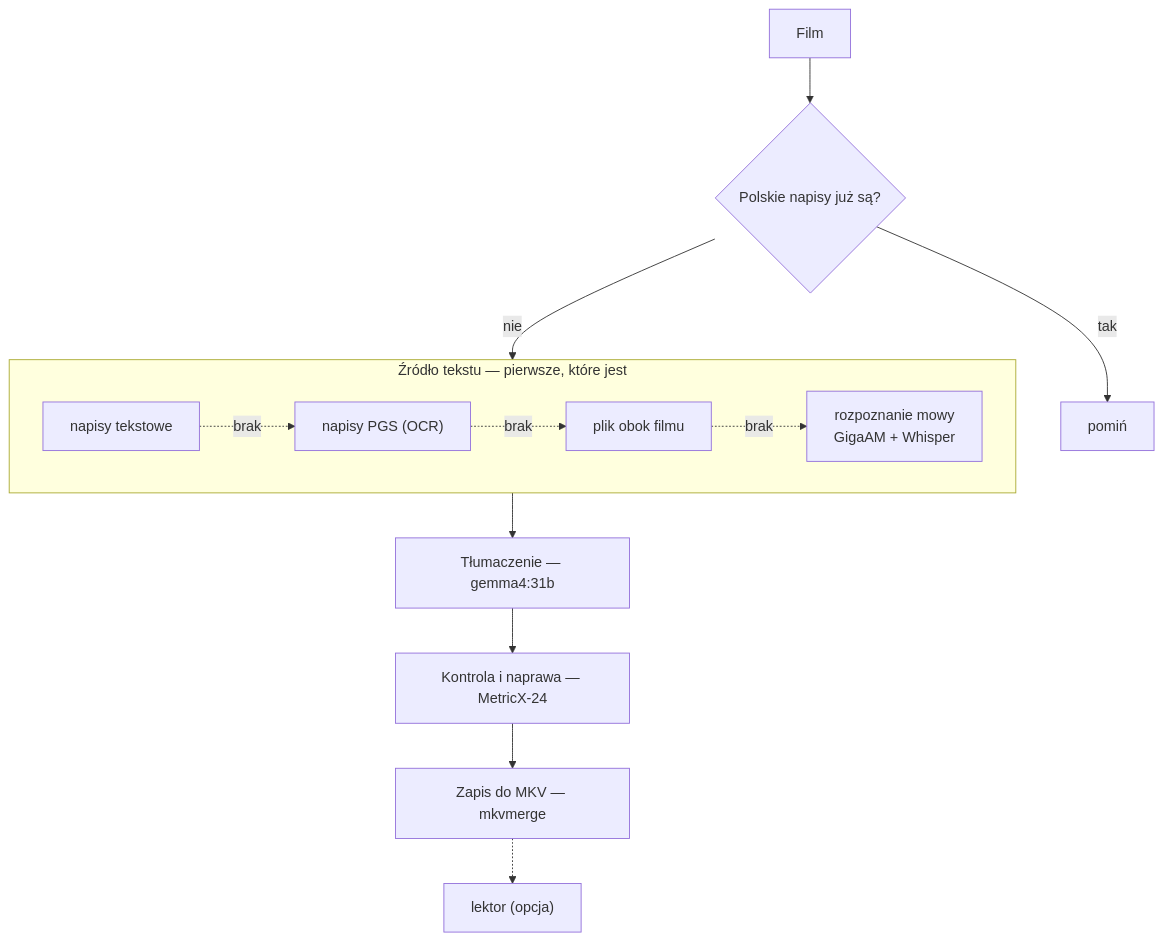
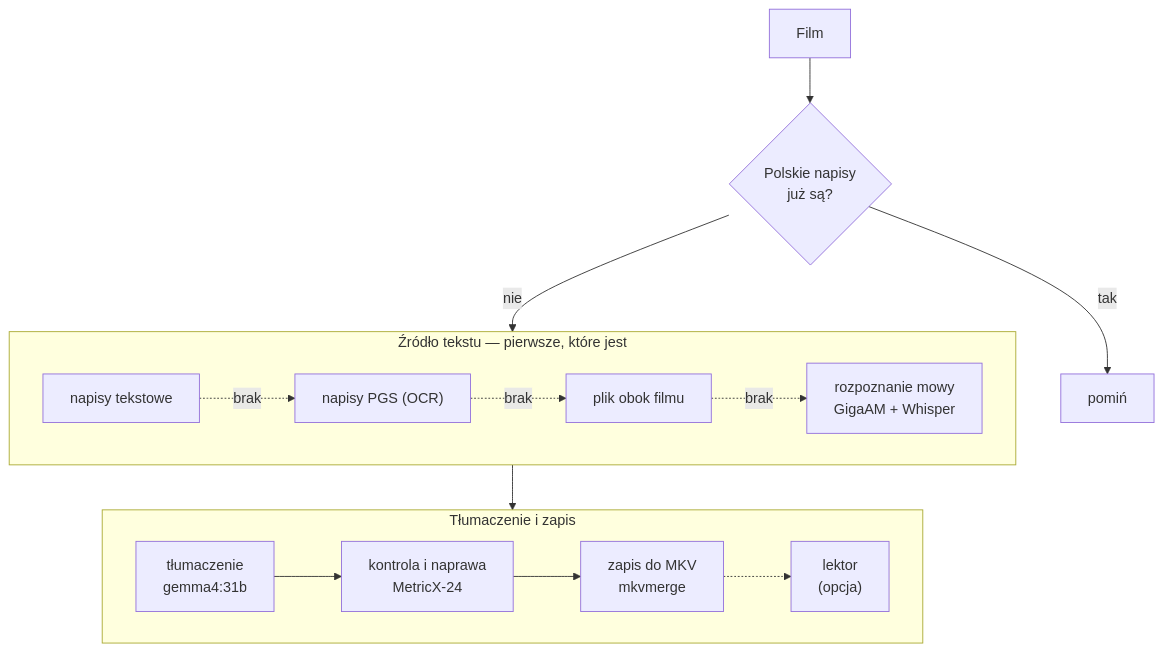
One commit to gregmol123/mkv-translator changed the diagram in README.md. Above: the diagram before and after it, drawn with Mermaid. The commit also changed 1 other file, not shown here.

Commit message:
README: niższy schemat — tłumaczenie i zapis w jednym rzędzie

````diff
--- a/README.md
+++ b/README.md
@@ -18,14 +18,15 @@
 ```mermaid
 flowchart TD
-    A["Film"] --> B{"Polskie napisy już są?"}
+    A["Film"] --> B{"Polskie napisy<br/>już są?"}
     B -- tak --> Z["pomiń"]
     B -- nie --> S
     subgraph S["Źródło tekstu — pierwsze, które jest"]
         direction LR
         S1["napisy tekstowe"] -. brak .-> S2["napisy PGS (OCR)"] -. brak .-> S3["plik obok filmu"] -. brak .-> S4["rozpoznanie mowy<br/>GigaAM + Whisper"]
     end
-    S --> T["Tłumaczenie — gemma4:31b"]
-    T --> Q["Kontrola i naprawa — MetricX-24"]
-    Q --> M["Zapis do MKV — mkvmerge"]
-    M -.-> L["lektor (opcja)"]
+    S --> P
+    subgraph P["Tłumaczenie i zapis"]
+        direction LR
+        T["tłumaczenie<br/>gemma4:31b"] --> Q["kontrola i naprawa<br/>MetricX-24"] --> M["zapis do MKV<br/>mkvmerge"] -.-> L["lektor<br/>(opcja)"]
+    end
 ```
````
